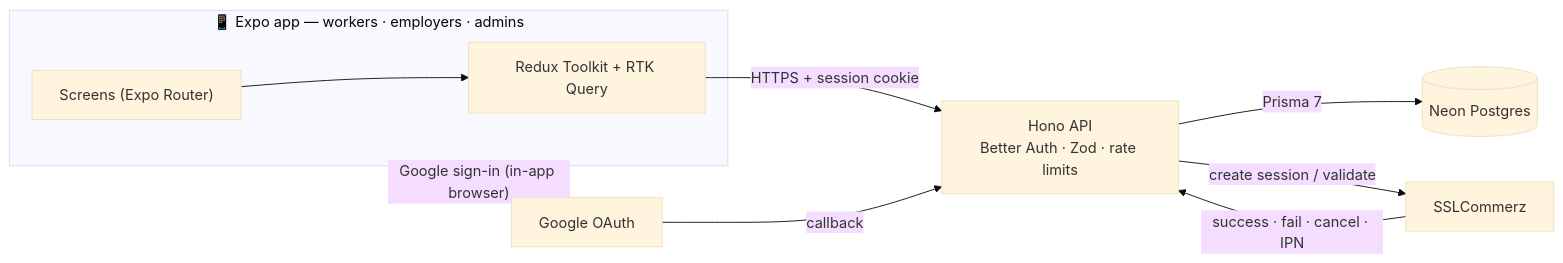
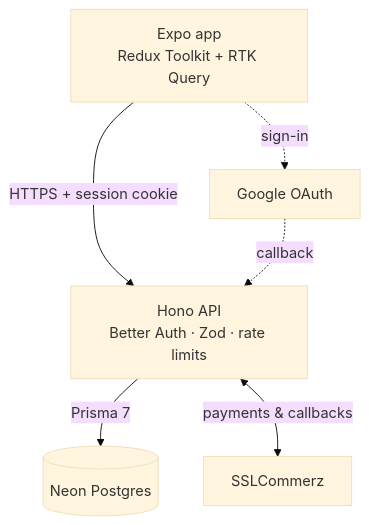
Before and after one commit to irfan-shazid/Your-Employee: the first of 2 diagrams in README.md, drawn with Mermaid (base theme). The commit also changed other lines of this file and 2 other files, not shown here.

````diff
--- a/README.md
+++ b/README.md
@@ -149,13 +158,14 @@
 ```mermaid
-flowchart LR
-  subgraph App["📱 Expo app — workers · employers · admins"]
-    UI["Screens (Expo Router)"] --> Store["Redux Toolkit + RTK Query"]
-  end
+flowchart TB
+  App["Expo app<br/>Redux Toolkit + RTK Query"]
+  API["Hono API<br/>Better Auth · Zod · rate limits"]
+  DB[("Neon Postgres")]
+  SSL["SSLCommerz"]
+  Google["Google OAuth"]
 
-  Store -- "HTTPS + session cookie" --> API["Hono API<br/>Better Auth · Zod · rate limits"]
-  API -- "Prisma 7" --> DB[("Neon Postgres")]
-  API -- "create session / validate" --> SSL["SSLCommerz"]
-  SSL -- "success · fail · cancel · IPN" --> API
-  App -- "Google sign-in (in-app browser)" --> Google["Google OAuth"]
-  Google -- "callback" --> API
+  App -- "HTTPS + session cookie" --> API
+  API -- "Prisma 7" --> DB
+  API <-- "payments & callbacks" --> SSL
+  App -. "sign-in" .-> Google
+  Google -. "callback" .-> API
 ```
````
